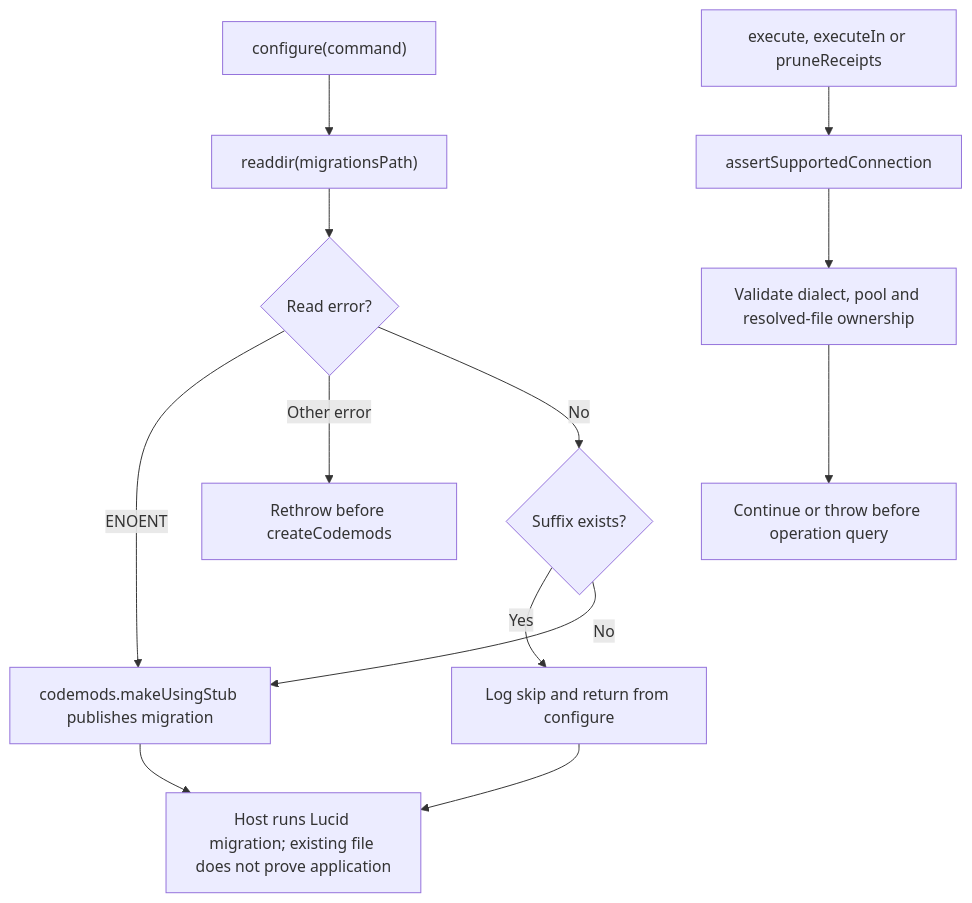
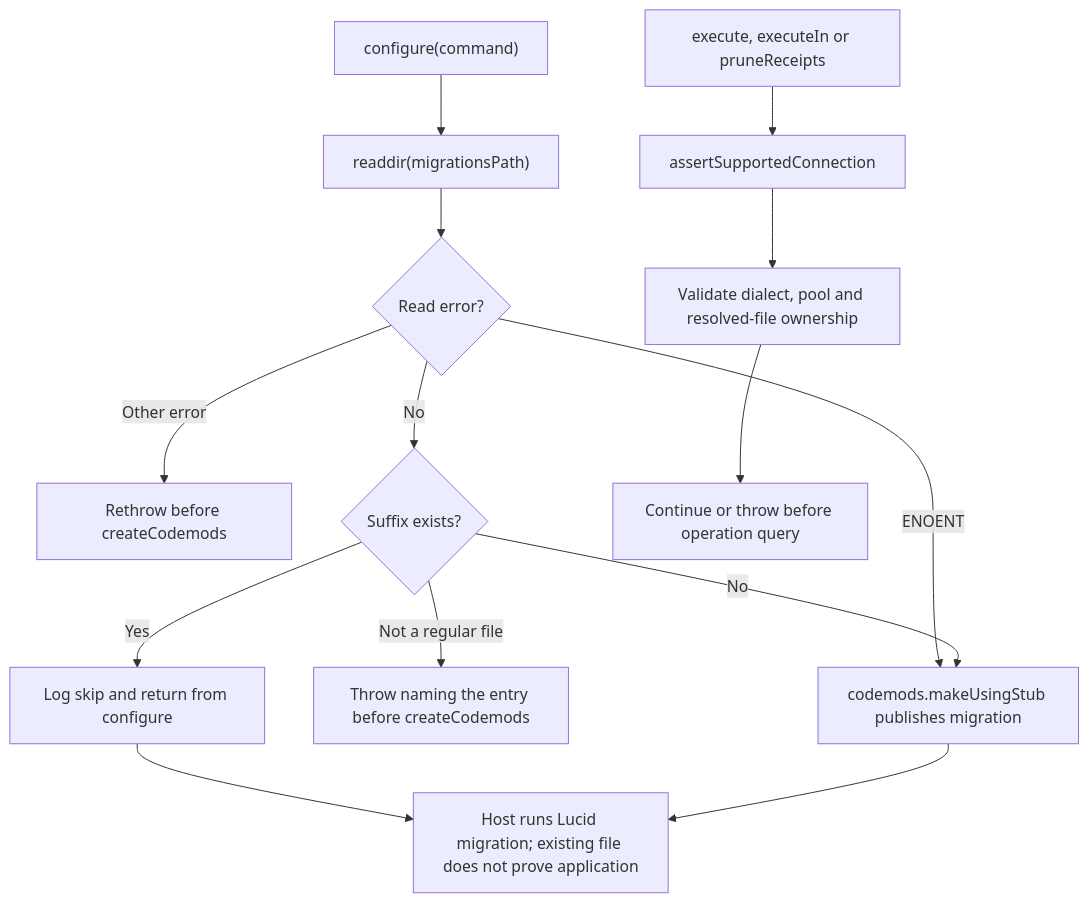
One commit to Kevinjohn/oss-adonisjs-duplicate-request-guard changed the second of 2 diagrams in user-stories/US-GUARD-04-operate-receipts.md. Above: the diagram before and after it, drawn with Mermaid. The commit also changed other lines of this file and 2 other files, not shown here.

First line of the commit message:
fix: stop configure when a matching migration entry is not a file

````diff
--- a/user-stories/US-GUARD-04-operate-receipts.md
+++ b/user-stories/US-GUARD-04-operate-receipts.md
@@ -44,15 +46,16 @@
 ```mermaid
 flowchart TD
     A["configure(command)"] --> B["readdir(migrationsPath)"]
     B --> R{"Read error?"}
     R -->|ENOENT| E
     R -->|Other error| X["Rethrow before createCodemods"]
     R -->|No| C{"Suffix exists?"}
+    C -->|Not a regular file| Y["Throw naming the entry before createCodemods"]
     C -->|Yes| D["Log skip and return from configure"]
     D --> F
     C -->|No| E["codemods.makeUsingStub publishes migration"]
     E --> F["Host runs Lucid migration; existing file does not prove application"]
     G["execute, executeIn or pruneReceipts"] --> H["assertSupportedConnection"]
     H --> I["Validate dialect, pool and resolved-file ownership"]
     I --> J["Continue or throw before operation query"]
 ```
````
